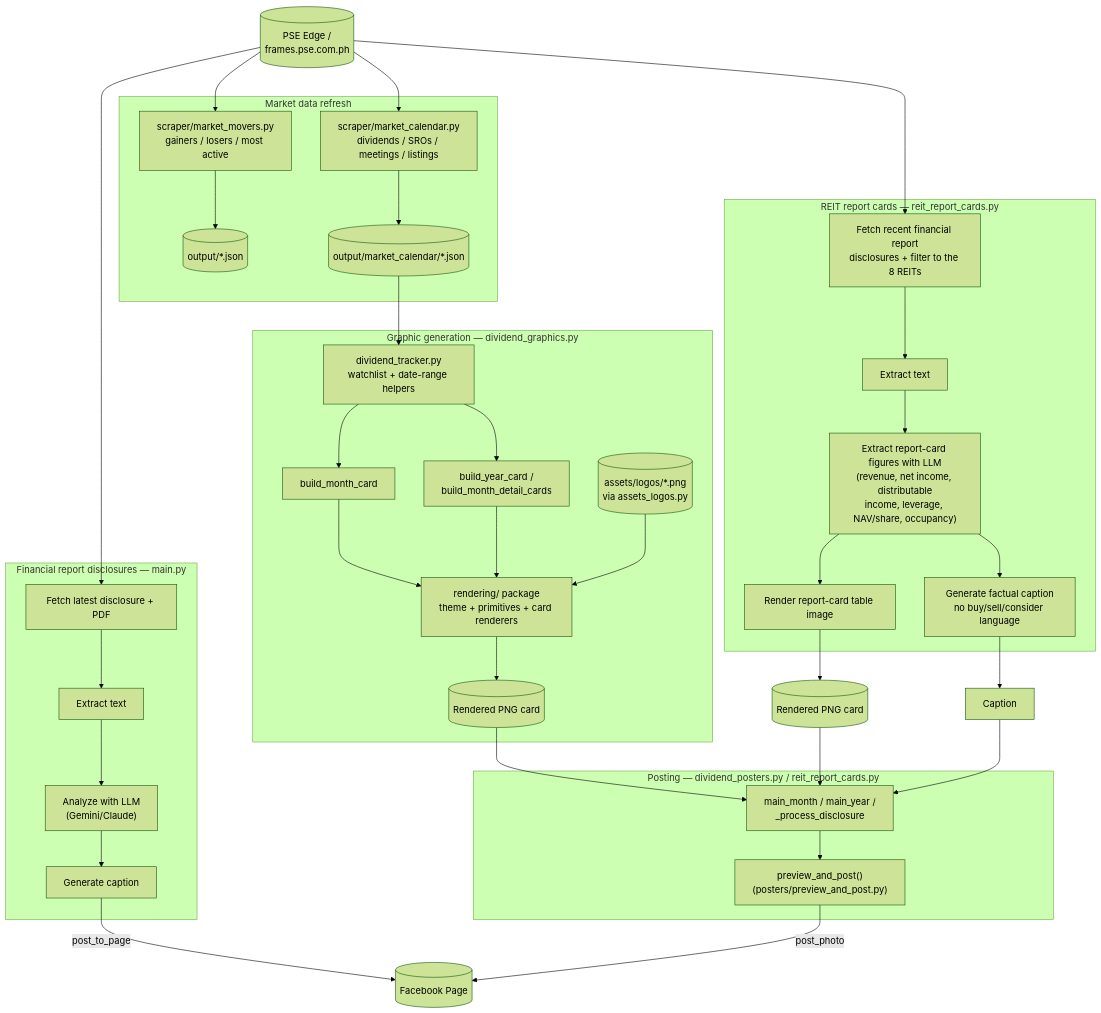
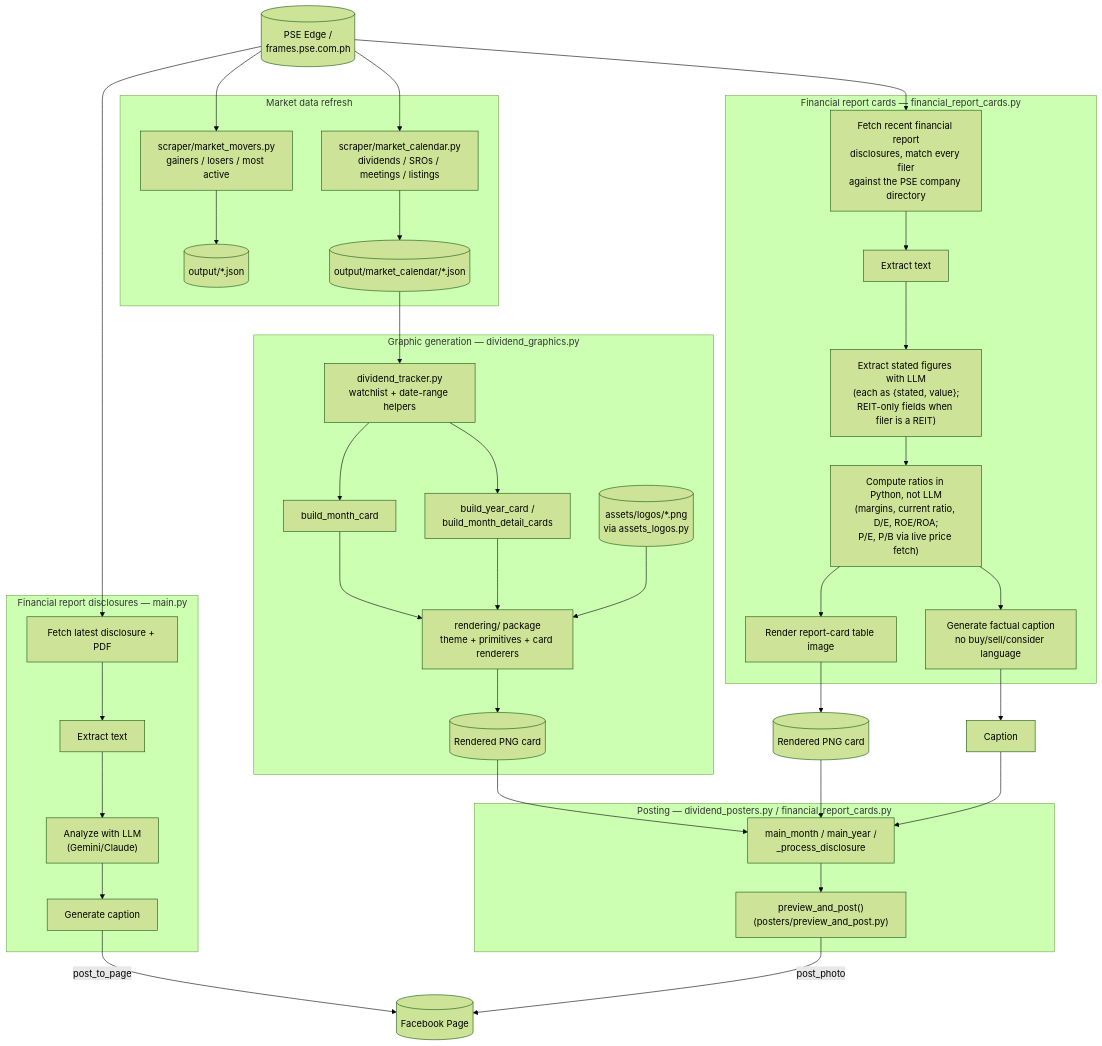
One commit to carljustineoyales/ai_financial_sns_page changed the diagram in README.md. Above: the diagram before and after it, drawn with Mermaid (forest theme). The commit also changed other lines of this file and 10 other files, not shown here.

````diff
--- a/README.md
+++ b/README.md
@@ -52,64 +57,65 @@
 ```mermaid
 flowchart TD
     PSE[(PSE Edge /\nframes.pse.com.ph)]
 
     subgraph Disclosures["Financial report disclosures — main.py"]
         D1[Fetch latest disclosure + PDF]
         D2[Extract text]
         D3["Analyze with LLM\n(Gemini/Claude)"]
         D4[Generate caption]
         D1 --> D2 --> D3 --> D4
     end
     PSE --> D1
 
-    subgraph ReitCards["REIT report cards — reit_report_cards.py"]
-        RC1["Fetch recent financial report\ndisclosures + filter to the 8 REITs"]
+    subgraph ReitCards["Financial report cards — financial_report_cards.py"]
+        RC1["Fetch recent financial report\ndisclosures, match every filer\nagainst the PSE company directory"]
         RC2[Extract text]
-        RC3["Extract report-card figures with LLM\n(revenue, net income, distributable\nincome, leverage, NAV/share, occupancy)"]
+        RC3["Extract stated figures with LLM\n(each as {stated, value};\nREIT-only fields when filer is a REIT)"]
+        RC6["Compute ratios in Python, not LLM\n(margins, current ratio, D/E, ROE/ROA;\nP/E, P/B via live price fetch)"]
         RC4[Render report-card table image]
         RC5[Generate factual caption\nno buy/sell/consider language]
-        RC1 --> RC2 --> RC3 --> RC4
-        RC3 --> RC5
+        RC1 --> RC2 --> RC3 --> RC6 --> RC4
+        RC6 --> RC5
     end
     PSE --> RC1
     RC4 --> RCPNG[(Rendered PNG card)]
     RC5 --> RCCAP[Caption]
 
     subgraph MarketData["Market data refresh"]
         M1["scraper/market_movers.py\ngainers / losers / most active"]
         M2["scraper/market_calendar.py\ndividends / SROs / meetings / listings"]
         OUT1[(output/*.json)]
         OUT2[(output/market_calendar/*.json)]
         M1 --> OUT1
         M2 --> OUT2
     end
     PSE --> M1
     PSE --> M2
 
     subgraph Graphics["Graphic generation — dividend_graphics.py"]
         WL["dividend_tracker.py\nwatchlist + date-range helpers"]
         G1[build_month_card]
         G2[build_year_card /\nbuild_month_detail_cards]
         R["rendering/ package\ntheme + primitives + card renderers"]
         LOGOS[(assets/logos/*.png\nvia assets_logos.py)]
         PNG[(Rendered PNG card)]
         WL --> G1 --> R
         WL --> G2 --> R
         LOGOS --> R
         R --> PNG
     end
     OUT2 --> WL
 
-    subgraph Posting["Posting — dividend_posters.py / reit_report_cards.py"]
+    subgraph Posting["Posting — dividend_posters.py / financial_report_cards.py"]
         P1[main_month / main_year /\n_process_disclosure]
         P2["preview_and_post()\n(posters/preview_and_post.py)"]
         P1 --> P2
     end
     PNG --> P1
     RCPNG --> P1
     RCCAP --> P1
 
     FB[(Facebook Page)]
     D4 -- post_to_page --> FB
     P2 -- post_photo --> FB
 ```
````
